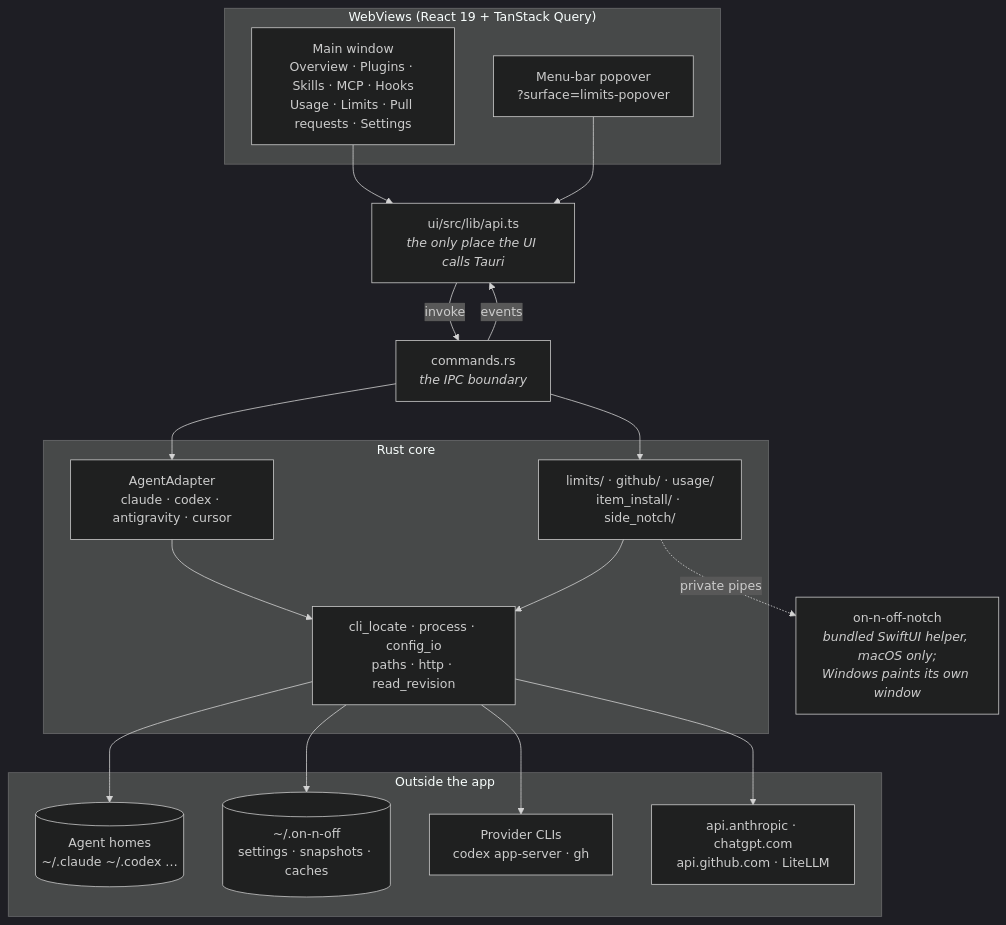
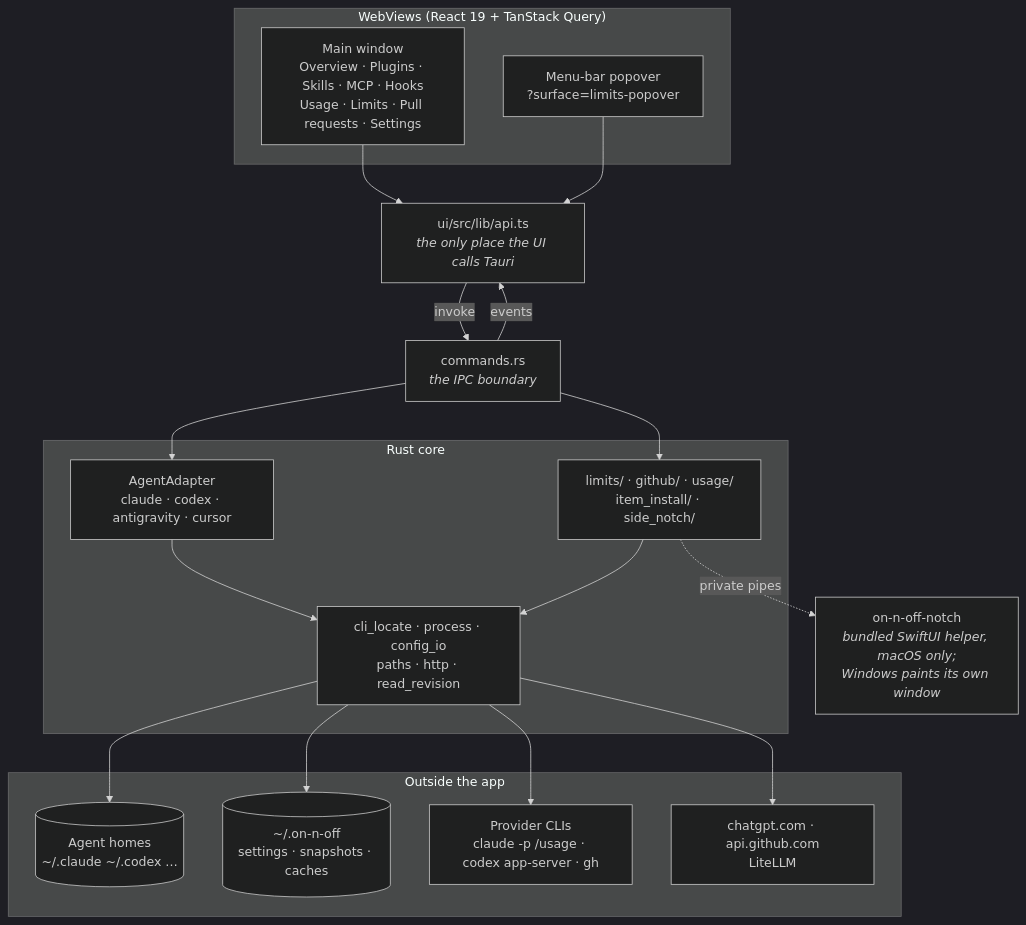
One commit to giostriquer/on-n-off changed the first of 3 diagrams in docs/architecture/README.md. Above: the diagram before and after it, drawn with Mermaid (dark theme). The commit also changed other lines of this file and 79 other files, not shown here.

````diff
--- a/docs/architecture/README.md
+++ b/docs/architecture/README.md
@@ -24,39 +24,39 @@
 ```mermaid
 flowchart TB
     subgraph webviews["WebViews (React 19 + TanStack Query)"]
         main["Main window<br/>Overview · Plugins · Skills · MCP · Hooks<br/>Usage · Limits · Pull requests · Settings"]
         popover["Menu-bar popover<br/>?surface=limits-popover"]
     end
 
     api["ui/src/lib/api.ts<br/><i>the only place the UI calls Tauri</i>"]
     cmds["commands.rs<br/><i>the IPC boundary</i>"]
 
     subgraph core["Rust core"]
         adapters["AgentAdapter<br/>claude · codex · antigravity · cursor"]
         features["limits/ · github/ · usage/<br/>item_install/ · side_notch/"]
         plumbing["cli_locate · process · config_io<br/>paths · http · read_revision"]
     end
 
     subgraph outside["Outside the app"]
         homes[("Agent homes<br/>~/.claude ~/.codex …")]
         own[("~/.on-n-off<br/>settings · snapshots · caches")]
-        clis["Provider CLIs<br/>codex app-server · gh"]
-        net["api.anthropic · chatgpt.com<br/>api.github.com · LiteLLM"]
+        clis["Provider CLIs<br/>claude -p /usage · codex app-server · gh"]
+        net["chatgpt.com · api.github.com<br/>LiteLLM"]
     end
 
     notch["on-n-off-notch<br/><i>bundled SwiftUI helper, macOS only;<br/>Windows paints its own window</i>"]
 
     main --> api
     popover --> api
     api -->|invoke| cmds
     cmds -->|events| api
     cmds --> adapters
     cmds --> features
     adapters --> plumbing
     features --> plumbing
     plumbing --> homes
     plumbing --> own
     plumbing --> clis
     plumbing --> net
     features -.->|private pipes| notch
 ```
````
